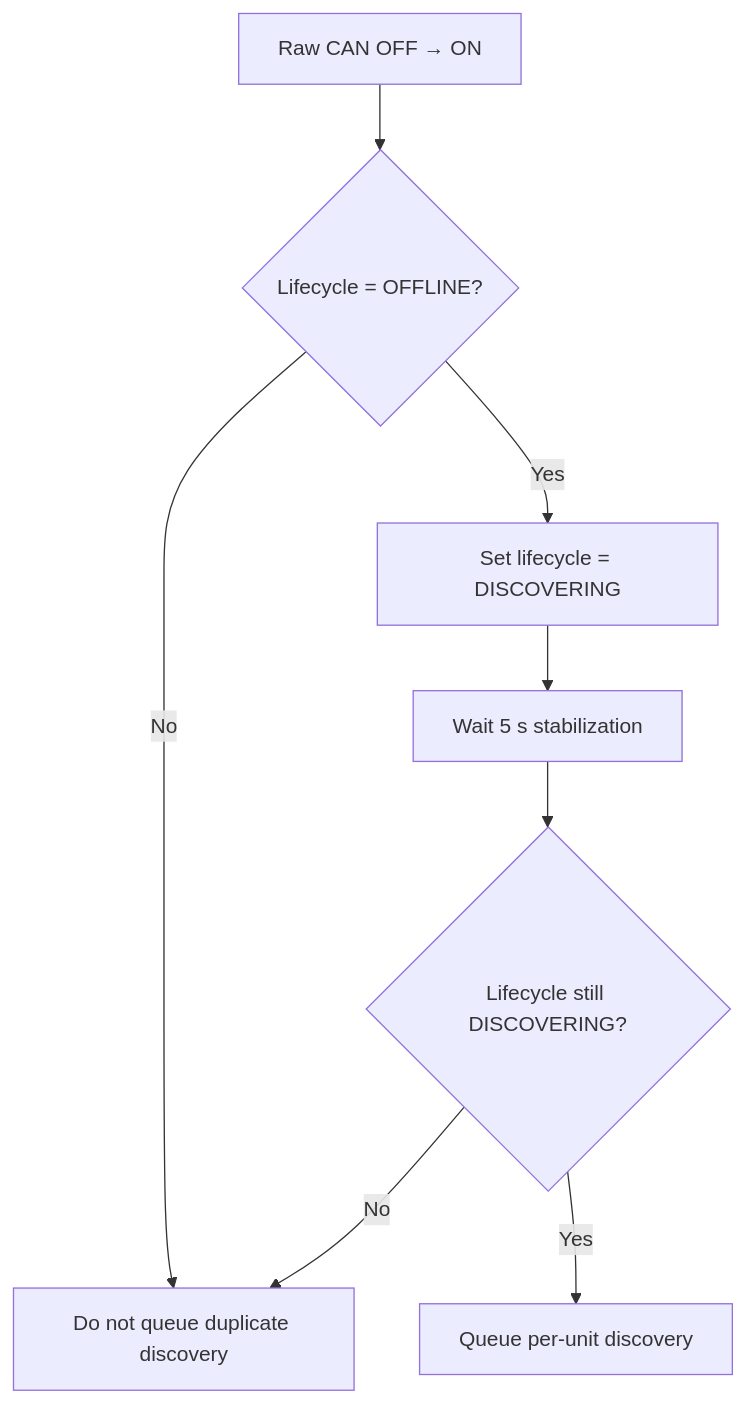
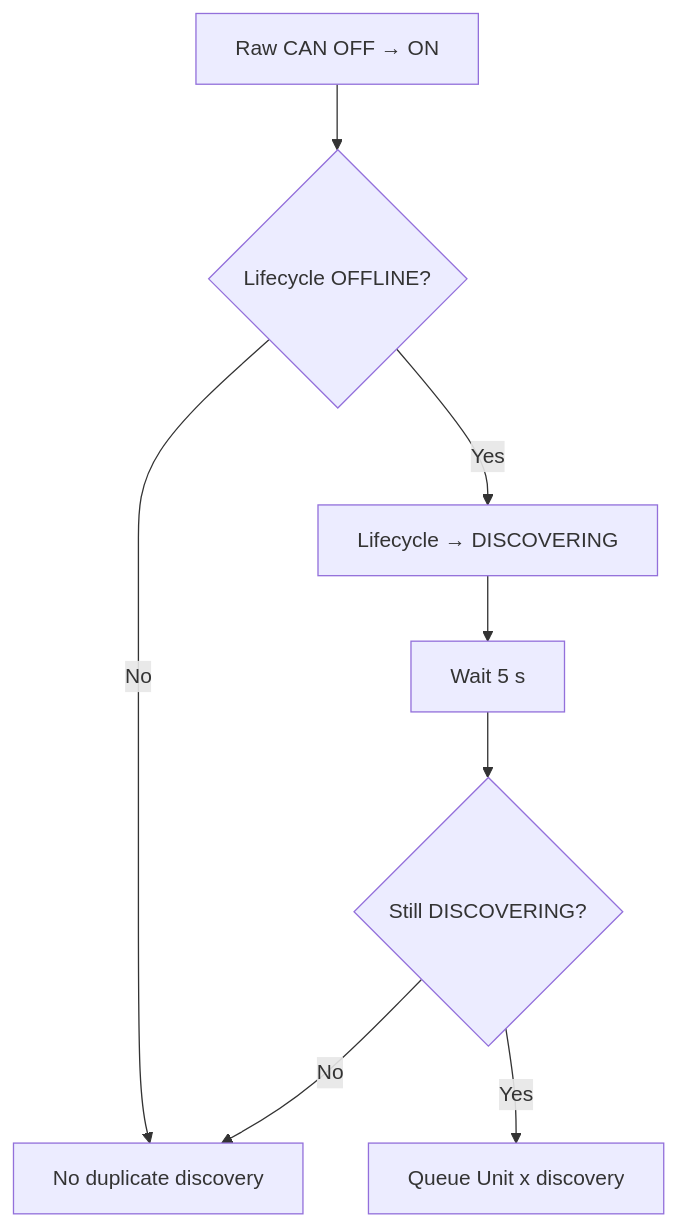
Before and after one commit to anwa/esphome-r4875g1-3phase-charger: the seventh of 20 diagrams in R4875G1_CONTROL_FLOWS.md, drawn with Mermaid. The commit also changed other lines of this file, not shown here.

Commit message:
Clarify reconnect restore lifecycle documentation

````diff
--- a/R4875G1_CONTROL_FLOWS.md
+++ b/R4875G1_CONTROL_FLOWS.md
@@ -276,10 +233,10 @@
 ```mermaid
 flowchart TD
-    A[Raw CAN OFF → ON] --> B{Lifecycle = OFFLINE?}
-    B -- No --> X[Do not queue duplicate discovery]
-    B -- Yes --> C[Set lifecycle = DISCOVERING]
-    C --> D[Wait 5 s stabilization]
-    D --> E{Lifecycle still DISCOVERING?}
+    A[Raw CAN OFF → ON] --> B{Lifecycle OFFLINE?}
+    B -- No --> X[No duplicate discovery]
+    B -- Yes --> C[Lifecycle → DISCOVERING]
+    C --> D[Wait 5 s]
+    D --> E{Still DISCOVERING?}
     E -- No --> X
-    E -- Yes --> F[Queue per-unit discovery]
+    E -- Yes --> F[Queue Unit x discovery]
 ```
````
